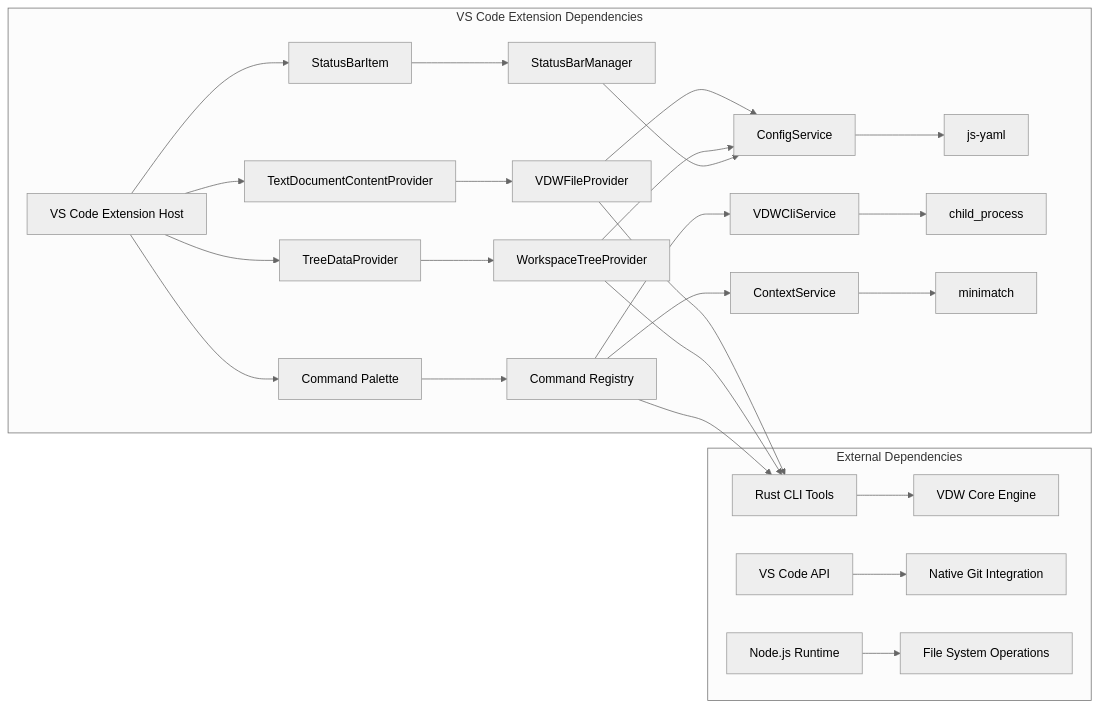
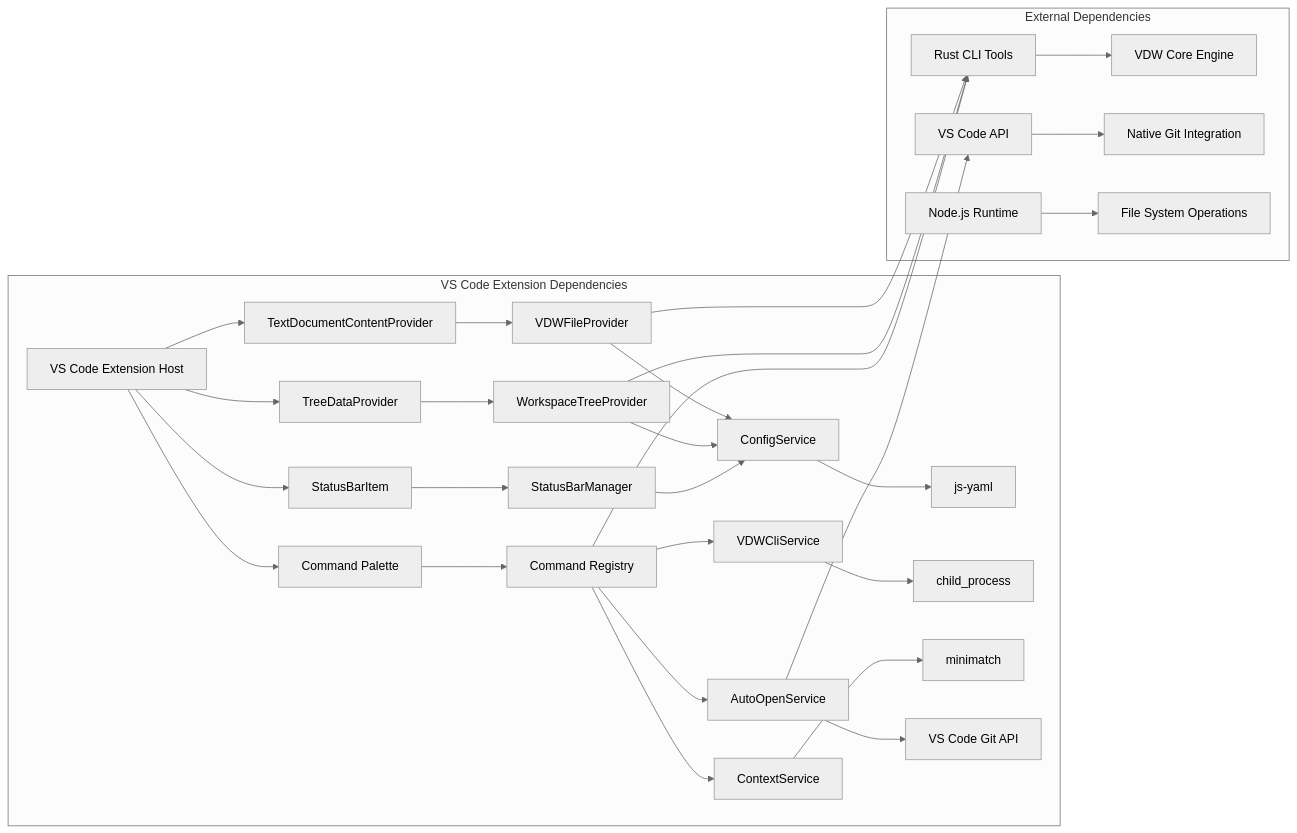
The sixth of 6 diagrams in .qoder/repowiki/en/content/Core Features Documentation/VS Code Plugin Bridge & IDE Integration.md (HWH-2019/vdw), drawn with Mermaid (neutral theme) before and after one commit. The commit also changed other lines of this file and 12 other files, not shown here.

````diff
--- a/.qoder/repowiki/en/content/Core Features Documentation/VS Code Plugin Bridge & IDE Integration.md
+++ b/.qoder/repowiki/en/content/Core Features Documentation/VS Code Plugin Bridge & IDE Integration.md
@@ -366,29 +615,32 @@
 ```mermaid
 graph LR
 subgraph "VS Code Extension Dependencies"
 A[VS Code Extension Host] --> B[TextDocumentContentProvider]
 A --> C[TreeDataProvider]
 A --> D[StatusBarItem]
 A --> E[Command Palette]
 B --> F[VDWFileProvider]
 C --> G[WorkspaceTreeProvider]
 D --> H[StatusBarManager]
 E --> I[Command Registry]
 F --> J[ConfigService]
 G --> J
 H --> J
 I --> K[VDWCliService]
 I --> L[ContextService]
-J --> M[js-yaml]
-K --> N[child_process]
-L --> O[minimatch]
+I --> M[AutoOpenService]
+J --> N[js-yaml]
+K --> O[child_process]
+L --> P[minimatch]
+M --> Q[VS Code Git API]
 end
 subgraph "External Dependencies"
-P[Rust CLI Tools] --> Q[VDW Core Engine]
-R[VS Code API] --> S[Native Git Integration]
-T[Node.js Runtime] --> U[File System Operations]
+R[Rust CLI Tools] --> S[VDW Core Engine]
+T[VS Code API] --> U[Native Git Integration]
+V[Node.js Runtime] --> W[File System Operations]
 end
-F --> P
-G --> P
-I --> P
+F --> R
+G --> R
+I --> R
+M --> T
 ```
````
